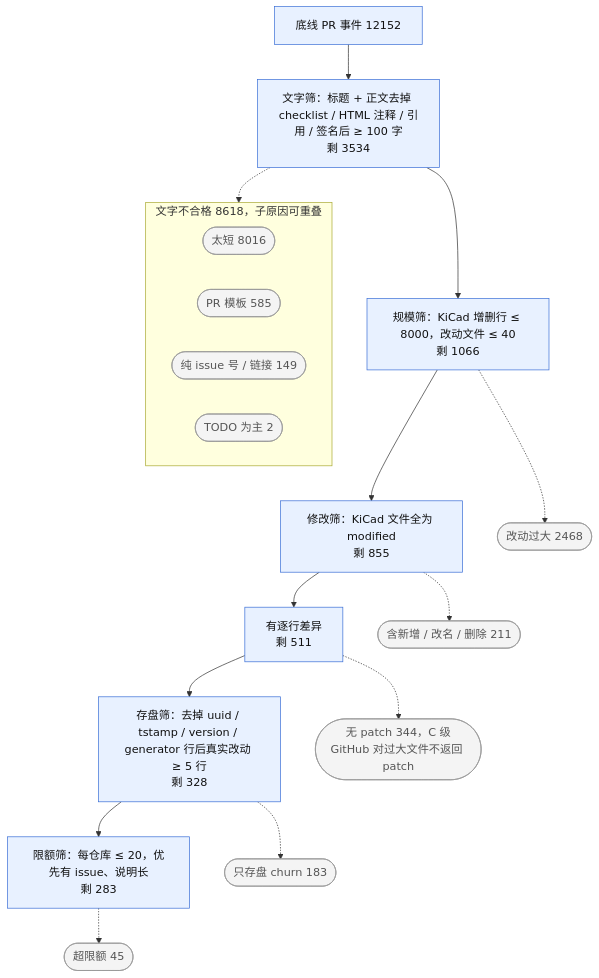
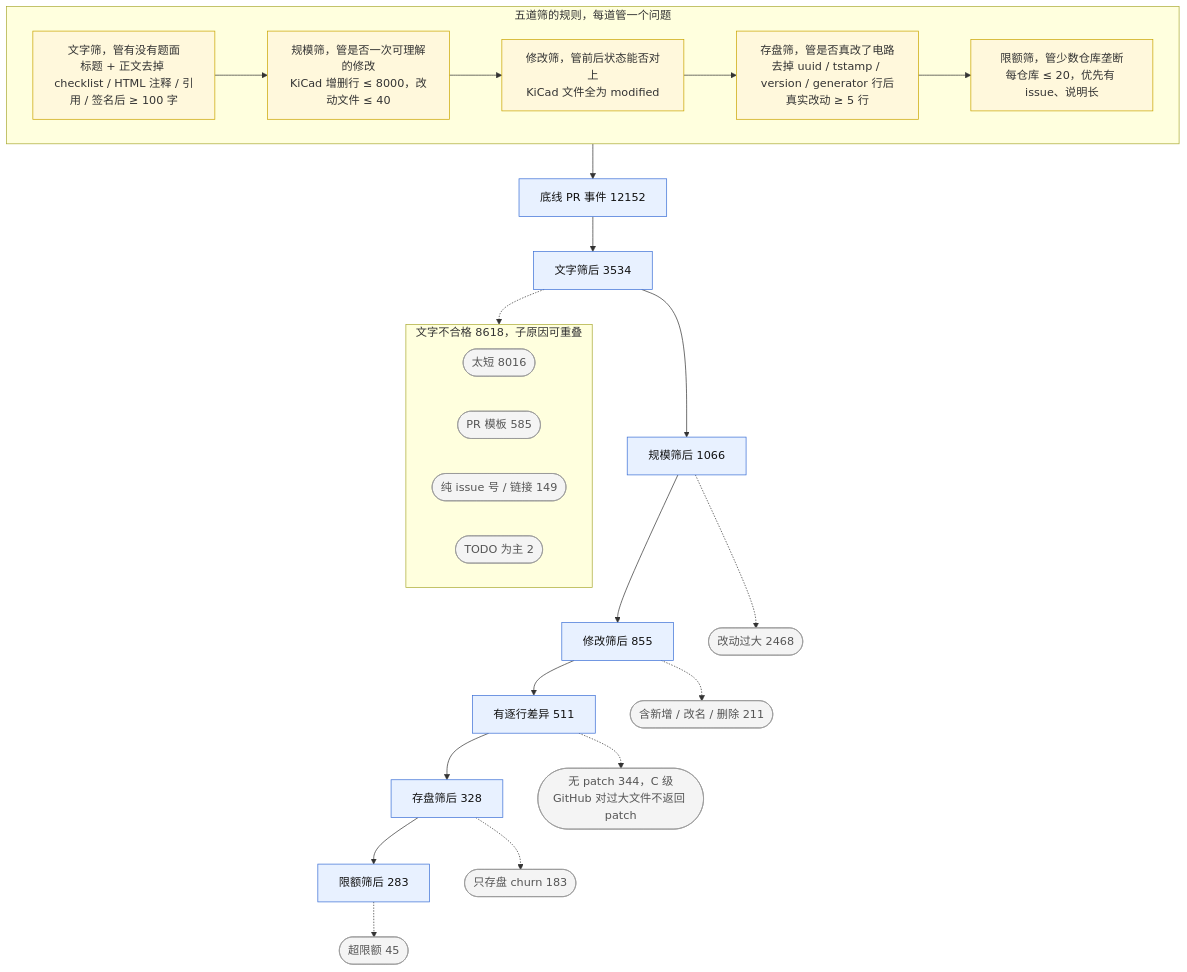
The fourth of 5 diagrams in reports/progress_report.md (Xiafyjck/github_kicad_project_scout), drawn with Mermaid before and after one commit. The commit also changed other lines of this file, not shown here.

Commit message:
reports: rule boxes laid out horizontally in figures 1 to 3

````diff
--- a/reports/progress_report.md
+++ b/reports/progress_report.md
@@ -204,27 +226,39 @@
 ```mermaid
 flowchart TB
     classDef exit fill:#f4f4f4,stroke:#999,color:#555
     classDef keep fill:#e8f1ff,stroke:#3b6fd6,color:#111
+    classDef rule fill:#fff8dc,stroke:#c9a400,color:#333
+
+    subgraph RULES[五道筛的规则，每道管一个问题]
+        direction LR
+        Rb[文字筛，管有没有题面<br/>标题 + 正文去掉 checklist / HTML 注释 / 引用 / 签名后 ≥ 100 字]:::rule
+        Rc[规模筛，管是否一次可理解的修改<br/>KiCad 增删行 ≤ 8000，改动文件 ≤ 40]:::rule
+        Rd[修改筛，管前后状态能否对上<br/>KiCad 文件全为 modified]:::rule
+        Re[存盘筛，管是否真改了电路<br/>去掉 uuid / tstamp / version / generator 行后真实改动 ≥ 5 行]:::rule
+        Rf[限额筛，管少数仓库垄断<br/>每仓库 ≤ 20，优先有 issue、说明长]:::rule
+        Rb --> Rc --> Rd --> Re --> Rf
+    end
 
     P3[底线 PR 事件 12152]:::keep
-    P3 --> P4[文字筛：标题 + 正文去掉 checklist / HTML 注释 / 引用 / 签名后 ≥ 100 字<br/>剩 3534]:::keep
-    P4 --> P5[规模筛：KiCad 增删行 ≤ 8000，改动文件 ≤ 40<br/>剩 1066]:::keep
-    P5 --> P6[修改筛：KiCad 文件全为 modified<br/>剩 855]:::keep
-    P6 --> P7[有逐行差异<br/>剩 511]:::keep
-    P7 --> P8[存盘筛：去掉 uuid / tstamp / version / generator 行后真实改动 ≥ 5 行<br/>剩 328]:::keep
-    P8 --> P9[限额筛：每仓库 ≤ 20，优先有 issue、说明长<br/>剩 283]:::keep
+    RULES --> P3
+    P3 --> P4[文字筛后 3534]:::keep
+    P4 --> P5[规模筛后 1066]:::keep
+    P5 --> P6[修改筛后 855]:::keep
+    P6 --> P7[有逐行差异 511]:::keep
+    P7 --> P8[存盘筛后 328]:::keep
+    P8 --> P9[限额筛后 283]:::keep
 
     subgraph TX[文字不合格 8618，子原因可重叠]
         direction LR
         PX4a([太短 8016]):::exit
         PX4b([PR 模板 585]):::exit
         PX4c([纯 issue 号 / 链接 149]):::exit
         PX4d([TODO 为主 2]):::exit
     end
     P4 -.-> TX
     P5 -.-> PX5([改动过大 2468]):::exit
     P6 -.-> PX6([含新增 / 改名 / 删除 211]):::exit
     P7 -.-> PX7([无 patch 344，C 级<br/>GitHub 对过大文件不返回 patch]):::exit
     P8 -.-> PX8([只存盘 churn 183]):::exit
     P9 -.-> PX9([超限额 45]):::exit
 ```
````
